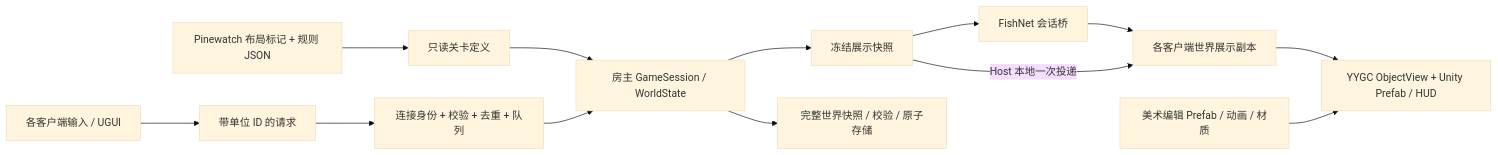
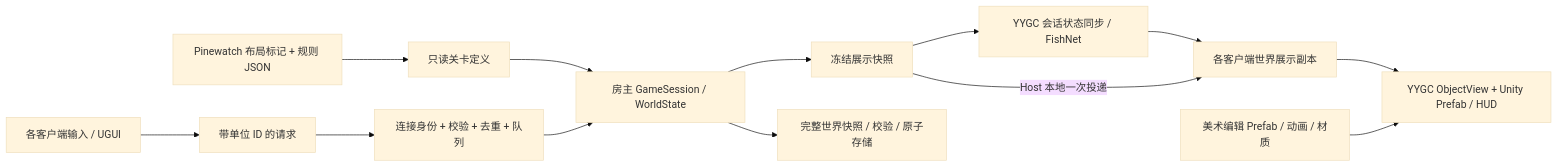
The diagram in docs/ARCHITECTURE.md (surgame/dark-night-unity), drawn with Mermaid (base theme) before and after one commit. The commit also changed other lines of this file and 17 other files, not shown here.

````diff
--- a/docs/ARCHITECTURE.md
+++ b/docs/ARCHITECTURE.md
@@ -29,15 +29,15 @@
 ```mermaid
 flowchart LR
     Authoring["Pinewatch 布局标记 + 规则 JSON"] --> Content["只读关卡定义"]
     Content --> Sim["房主 GameSession / WorldState"]
     Input["各客户端输入 / UGUI"] --> Intent["带单位 ID 的请求"]
     Intent --> Gate["连接身份 + 校验 + 去重 + 队列"]
     Gate --> Sim
     Sim --> Projection["冻结展示快照"]
-    Projection --> Transport["FishNet 会话桥"]
+    Projection --> Transport["YYGC 会话状态同步 / FishNet"]
     Transport --> Replica["各客户端世界展示副本"]
     Projection -->|Host 本地一次投递| Replica
     Replica --> Views["YYGC ObjectView + Unity Prefab / HUD"]
     Prefabs["美术编辑 Prefab / 动画 / 材质"] --> Views
     Sim --> Save["完整世界快照 / 校验 / 原子存储"]
 ```
````
